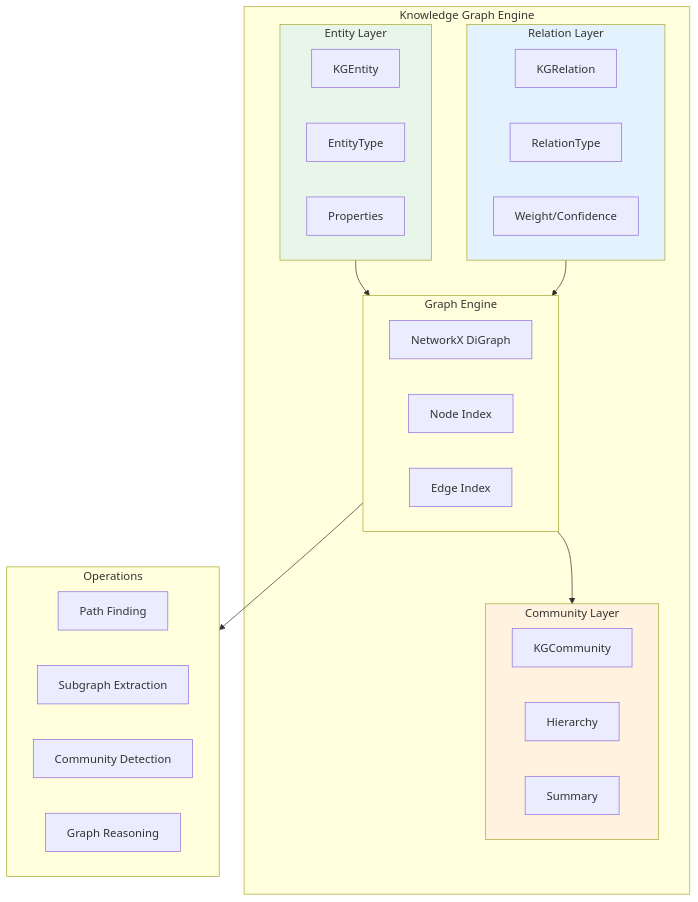
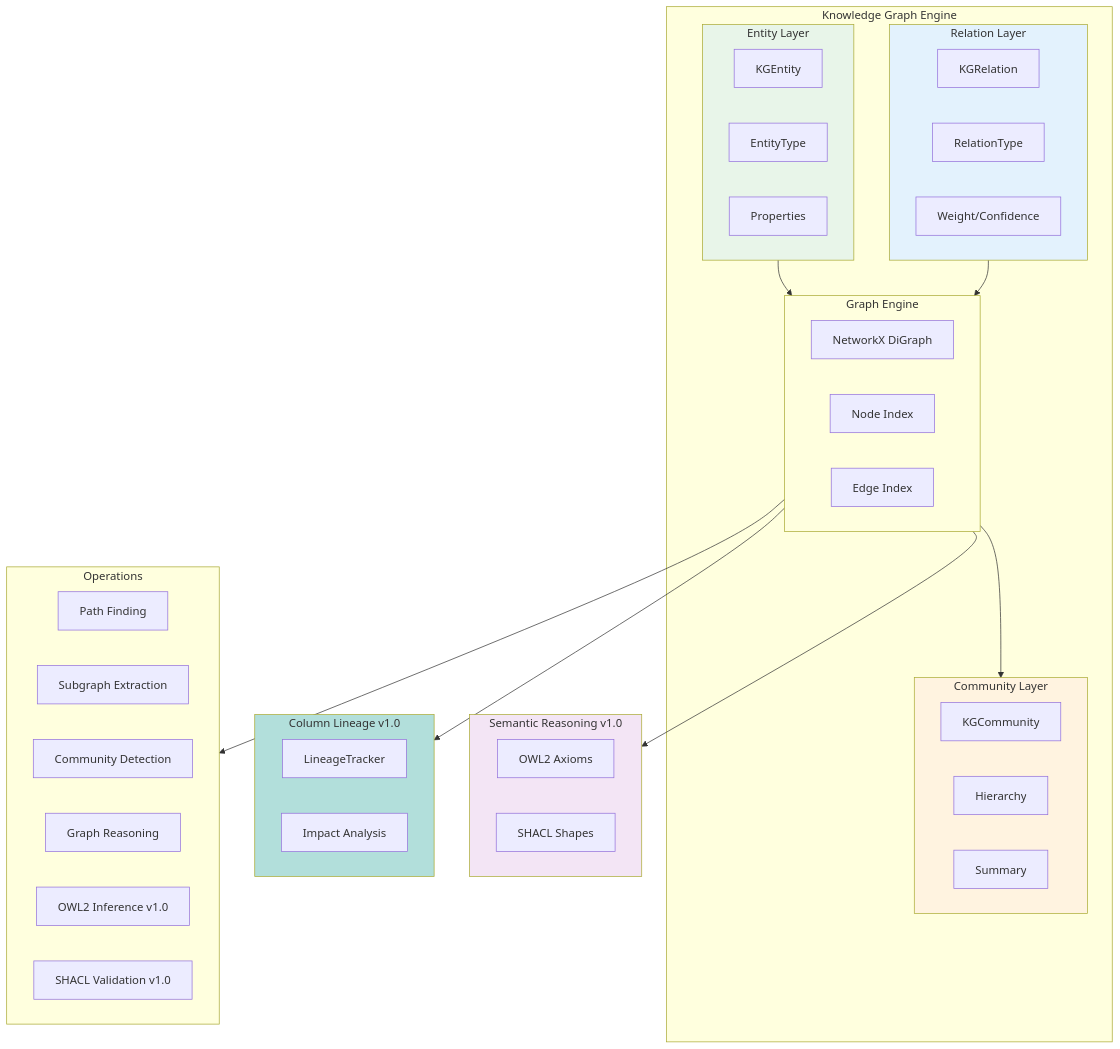
One commit to sabill123/ontology changed the first of 12 diagrams in docs/diagrams/06-knowledge-graph.md. Above: the diagram before and after it, drawn with Mermaid. The commit also changed other lines of this file and 176 other files, not shown here.

````diff
--- a/docs/diagrams/06-knowledge-graph.md
+++ b/docs/diagrams/06-knowledge-graph.md
@@ -8,44 +8,60 @@
 ```mermaid
 graph TB
     subgraph KG["Knowledge Graph Engine"]
         subgraph ENTITIES["Entity Layer"]
             E1[KGEntity]
             E2[EntityType]
             E3[Properties]
         end
 
         subgraph RELATIONS["Relation Layer"]
             R1[KGRelation]
             R2[RelationType]
             R3[Weight/Confidence]
         end
 
         subgraph COMMUNITIES["Community Layer"]
             C1[KGCommunity]
             C2[Hierarchy]
             C3[Summary]
         end
 
         subgraph GRAPH["Graph Engine"]
             G1[NetworkX DiGraph]
             G2[Node Index]
             G3[Edge Index]
         end
     end
 
+    subgraph SEMANTIC["Semantic Reasoning v1.0"]
+        OWL[OWL2 Axioms]
+        SHACL[SHACL Shapes]
+    end
+
+    subgraph LINEAGE["Column Lineage v1.0"]
+        LIN[LineageTracker]
+        IMP[Impact Analysis]
+    end
+
     subgraph OPERATIONS["Operations"]
         O1[Path Finding]
         O2[Subgraph Extraction]
         O3[Community Detection]
         O4[Graph Reasoning]
+        O5[OWL2 Inference v1.0]
+        O6[SHACL Validation v1.0]
     end
 
     ENTITIES --> GRAPH
     RELATIONS --> GRAPH
     GRAPH --> COMMUNITIES
     GRAPH --> OPERATIONS
+    GRAPH --> SEMANTIC
+    GRAPH --> LINEAGE
 
     style ENTITIES fill:#e8f5e9
     style RELATIONS fill:#e3f2fd
     style COMMUNITIES fill:#fff3e0
+    style SEMANTIC fill:#f3e5f5
+    style LINEAGE fill:#b2dfdb
 ```
````
